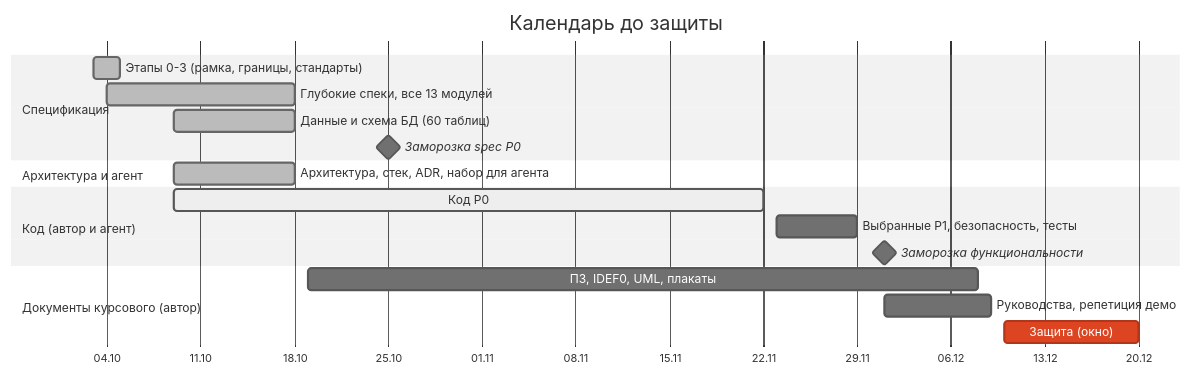
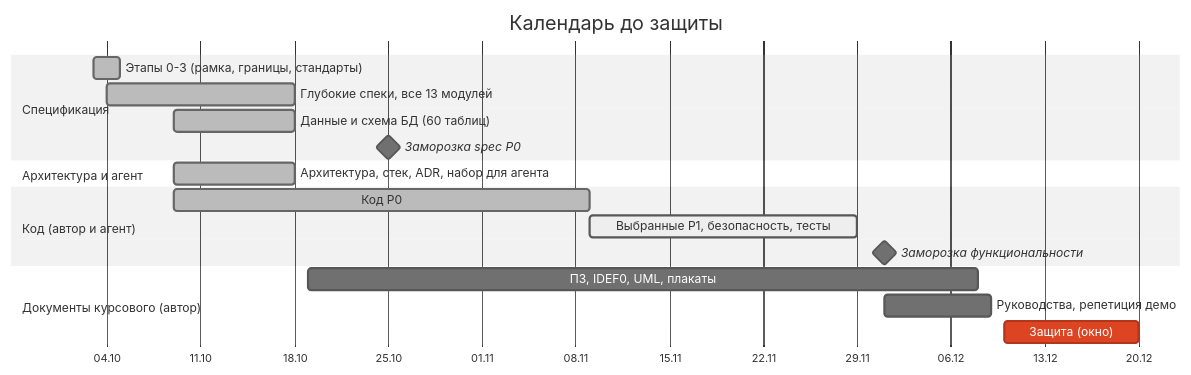
The diagram in docs/STATUS.md (dimassaa/SigmaSeries), drawn with Mermaid (neutral theme) before and after one commit. The commit also changed other lines of this file and 4 other files, not shown here.

````diff
--- a/docs/STATUS.md
+++ b/docs/STATUS.md
@@ -31,21 +31,21 @@
 ```mermaid
 gantt
     title Календарь до защиты
     dateFormat YYYY-MM-DD
     axisFormat %d.%m
     section Спецификация
     Этапы 0-3 (рамка, границы, стандарты) :done, s1, 2026-10-03, 2026-10-05
     Глубокие спеки, все 13 модулей :done, s2, 2026-10-04, 2026-10-18
     Данные и схема БД (60 таблиц) :done, s3, 2026-10-09, 2026-10-18
     Заморозка spec P0 :milestone, m1, 2026-10-25, 0d
     section Архитектура и агент
     Архитектура, стек, ADR, набор для агента :done, a1, 2026-10-09, 2026-10-18
     section Код (автор и агент)
-    Код P0 :active, c1, 2026-10-09, 2026-11-22
-    Выбранные P1, безопасность, тесты :c2, 2026-11-23, 2026-11-29
+    Код P0 :done, c1, 2026-10-09, 2026-11-09
+    Выбранные P1, безопасность, тесты :active, c2, 2026-11-09, 2026-11-29
     Заморозка функциональности :milestone, m2, 2026-12-01, 0d
     section Документы курсового (автор)
     ПЗ, IDEF0, UML, плакаты :k1, 2026-10-19, 2026-12-08
     Руководства, репетиция демо :k2, 2026-12-01, 2026-12-09
     Защита (окно) :crit, k3, 2026-12-10, 2026-12-20
 ```
````
